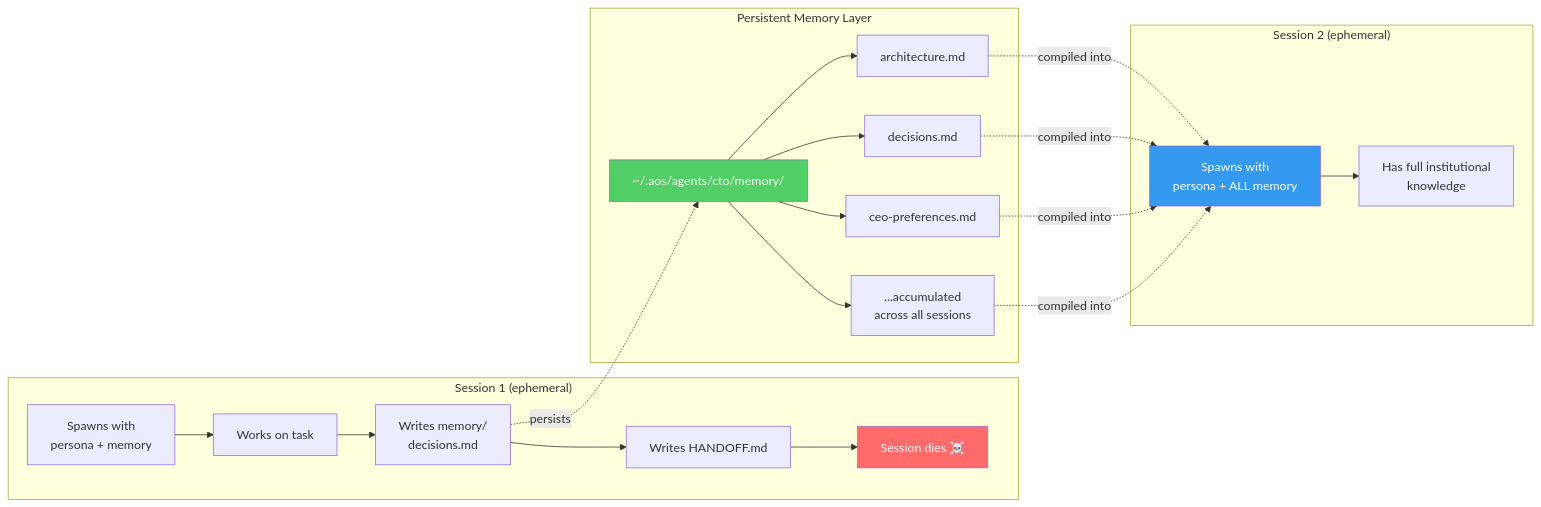
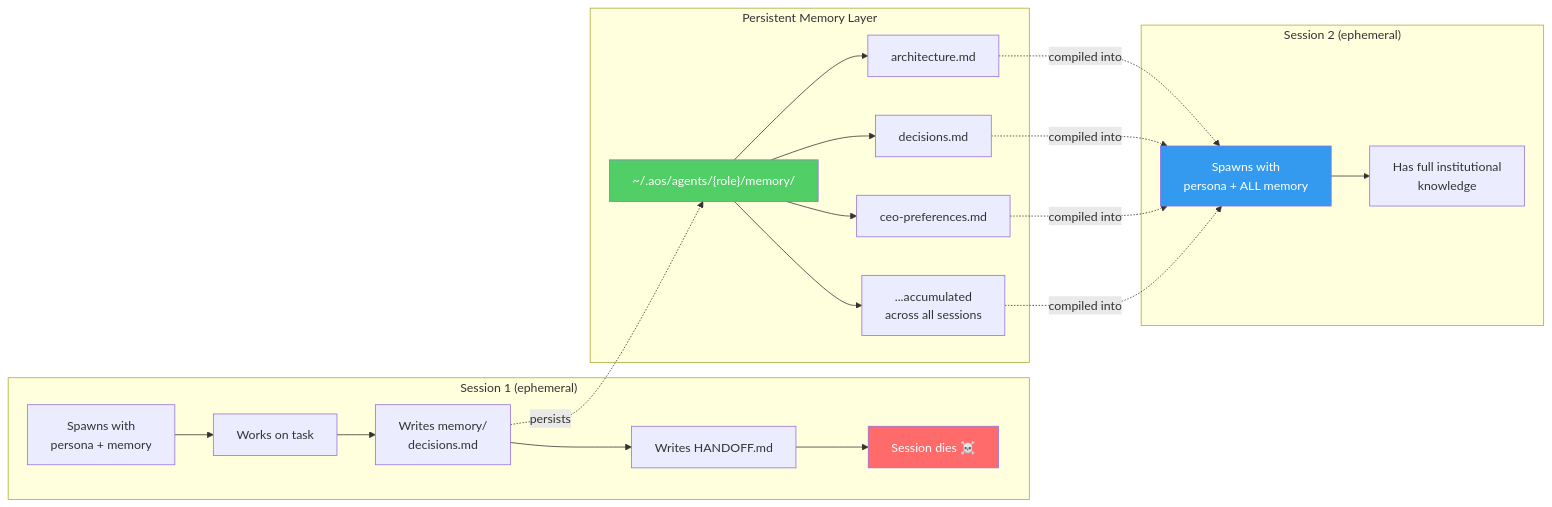
Before and after one commit to zzhiyuann/agentos: the third of 5 diagrams in docs/architecture.md, drawn with Mermaid. The commit also changed other lines of this file and 8 other files, not shown here.

````diff
--- a/docs/architecture.md
+++ b/docs/architecture.md
@@ -117,33 +117,33 @@
 ```mermaid
 graph LR
     subgraph Session1["Session 1 (ephemeral)"]
         S1["Spawns with<br/>persona + memory"]
         W1["Works on task"]
         M1["Writes memory/<br/>decisions.md"]
         H1["Writes HANDOFF.md"]
         D1["Session dies ☠️"]
     end
 
     subgraph Memory["Persistent Memory Layer"]
-        PM["~/.aos/agents/cto/memory/"]
+        PM["~/.aos/agents/{role}/memory/"]
         P1["architecture.md"]
         P2["decisions.md"]
         P3["ceo-preferences.md"]
         PN["...accumulated<br/>across all sessions"]
     end
 
     subgraph Session2["Session 2 (ephemeral)"]
         S2["Spawns with<br/>persona + ALL memory"]
         W2["Has full institutional<br/>knowledge"]
     end
 
     S1 --> W1 --> M1 --> H1 --> D1
     M1 -.->|persists| PM
     PM --> P1 & P2 & P3 & PN
     P1 & P2 & P3 & PN -.->|compiled into| S2
     S2 --> W2
 
     style D1 fill:#ff6b6b,color:#fff
     style PM fill:#51cf66,color:#fff
     style S2 fill:#339af0,color:#fff
 ```
````
